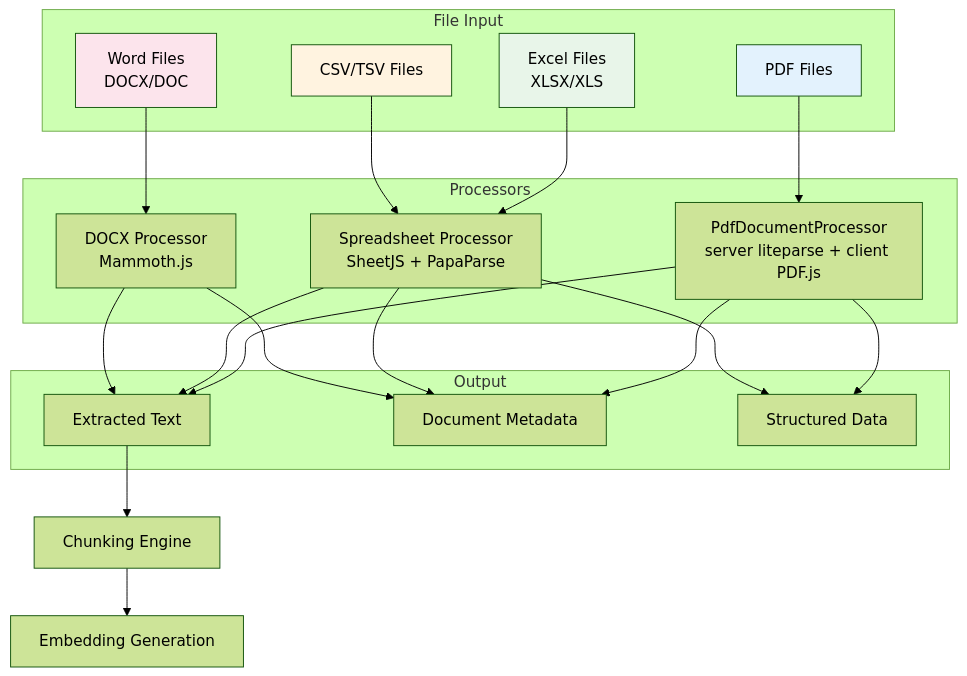
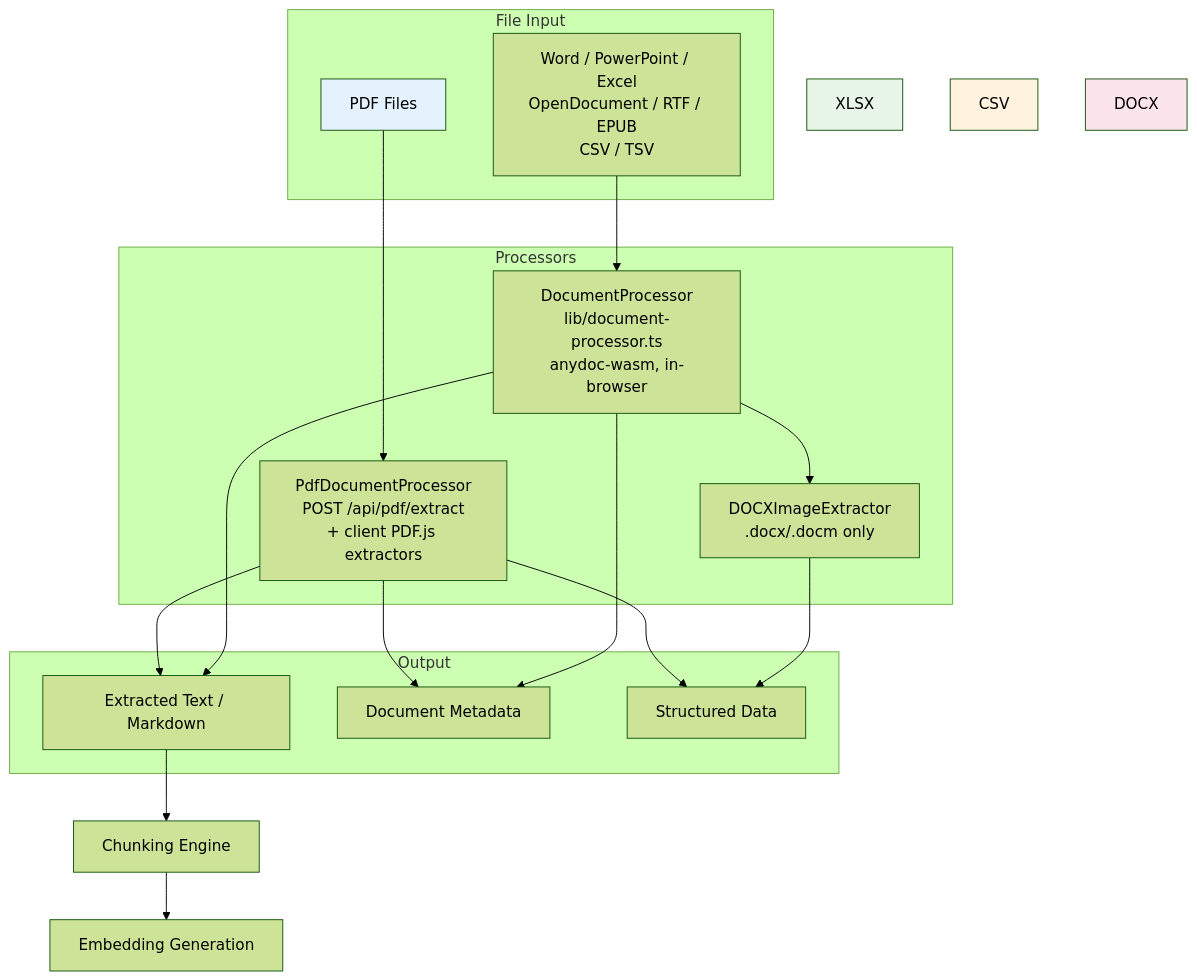
Before and after one commit to Kedhareswer/QuantumPDF_ChatApp_VectorDB: the tenth of 14 diagrams in docs/ARCHITECTURE_FLOWS.md, drawn with Mermaid (forest theme). The commit also changed other lines of this file and 119 other files, not shown here.

````diff
--- a/docs/ARCHITECTURE_FLOWS.md
+++ b/docs/ARCHITECTURE_FLOWS.md
@@ -501,45 +500,39 @@
 ```mermaid
 graph TD
     subgraph "File Input"
         PDF[PDF Files]
-        XLSX[Excel Files<br/>XLSX/XLS]
-        CSV[CSV/TSV Files]
-        DOCX[Word Files<br/>DOCX/DOC]
+        NONPDF["Word / PowerPoint / Excel<br/>OpenDocument / RTF / EPUB<br/>CSV / TSV"]
     end
-    
+
     subgraph "Processors"
-        PDF_PROC[PdfDocumentProcessor<br/>server liteparse + client PDF.js]
-        SHEET_PROC[Spreadsheet Processor<br/>SheetJS + PapaParse]
-        DOCX_PROC[DOCX Processor<br/>Mammoth.js]
+        PDF_PROC[PdfDocumentProcessor<br/>POST /api/pdf/extract<br/>+ client PDF.js extractors]
+        DOC_PROC[DocumentProcessor<br/>lib/document-processor.ts<br/>anydoc-wasm, in-browser]
+        IMG_PROC[DOCXImageExtractor<br/>.docx/.docm only]
     end
-    
+
     subgraph "Output"
-        TEXT_OUT[Extracted Text]
+        TEXT_OUT[Extracted Text / Markdown]
         META_OUT[Document Metadata]
         STRUCT_OUT[Structured Data]
     end
-    
+
     PDF --> PDF_PROC
-    XLSX --> SHEET_PROC
-    CSV --> SHEET_PROC
-    DOCX --> DOCX_PROC
-    
+    NONPDF --> DOC_PROC
+    DOC_PROC --> IMG_PROC
+
     PDF_PROC --> TEXT_OUT
     PDF_PROC --> META_OUT
     PDF_PROC --> STRUCT_OUT
-    
-    SHEET_PROC --> TEXT_OUT
-    SHEET_PROC --> META_OUT
-    SHEET_PROC --> STRUCT_OUT
-    
-    DOCX_PROC --> TEXT_OUT
-    DOCX_PROC --> META_OUT
+
+    DOC_PROC --> TEXT_OUT
+    DOC_PROC --> META_OUT
+    IMG_PROC --> STRUCT_OUT
     
     TEXT_OUT --> CHUNK[Chunking Engine]
     CHUNK --> EMB[Embedding Generation]
     
     style PDF fill:#e3f2fd
     style XLSX fill:#e8f5e9
     style CSV fill:#fff3e0
     style DOCX fill:#fce4ec
 ```
````
